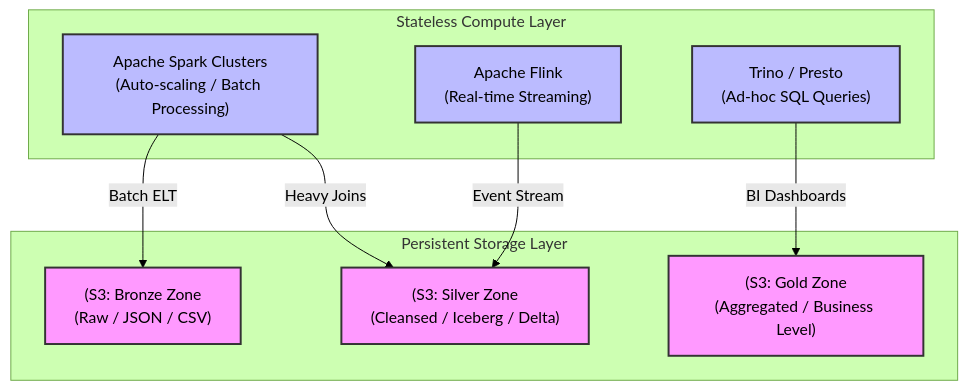
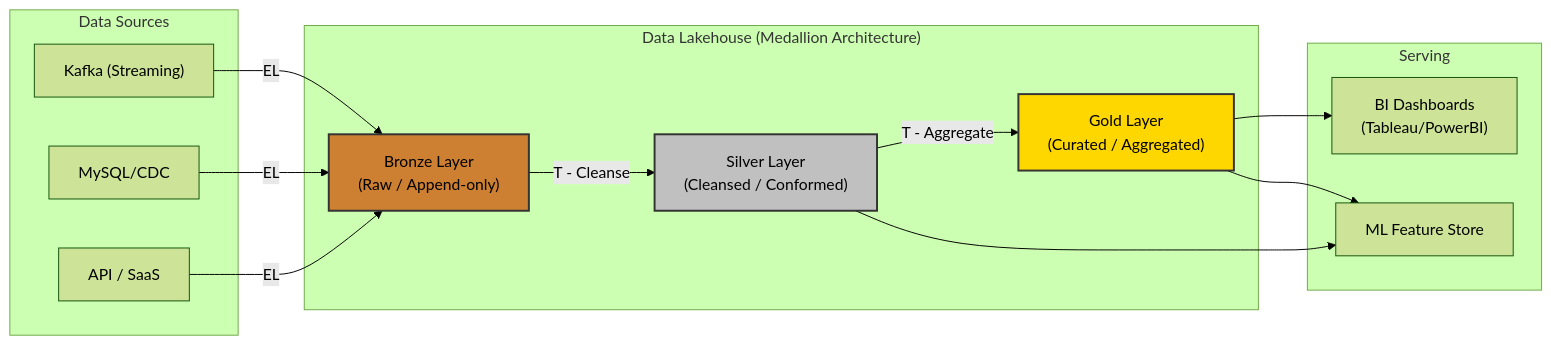
Before and after one commit to kythuatdulieu/kythuatdulieu.github.io: the diagram in src/content/docs/concepts/1-distributed-systems-architecture/data-platform-architecture.md, drawn with Mermaid (forest theme). The commit also changed other lines of this file and 228 other files, not shown here.

Commit message:
Fix syntax and rewrite 200+ concepts docs to deep-dive system architecture and add GA4 tracking to quiz app

````diff
--- a/src/content/docs/concepts/1-distributed-systems-architecture/data-platform-architecture.md
+++ b/src/content/docs/concepts/1-distributed-systems-architecture/data-platform-architecture.md
@@ -26,25 +43,38 @@
 ```mermaid
-graph TB
-    subgraph Stateless Compute Layer
-        Spark["Apache Spark Clusters<br/>(Auto-scaling / Batch Processing)"]
-        Trino["Trino / Presto<br/>(Ad-hoc SQL Queries)"]
-        Flink["Apache Flink<br/>(Real-time Streaming)"]
+graph LR
+    subgraph Data Sources
+        S1["Kafka (Streaming)"]
+        S2["MySQL/CDC"]
+        S3["API / SaaS"]
     end
     
-    subgraph Persistent Storage Layer
-        S3_Bronze["(S3: Bronze Zone<br/>(Raw / JSON / CSV)"]
-        S3_Silver["(S3: Silver Zone<br/>(Cleansed / Iceberg / Delta)"]
-        S3_Gold["(S3: Gold Zone<br/>(Aggregated / Business Level)"]
+    subgraph The_Lakehouse ["Data Lakehouse (Medallion Architecture)"]
+        B["Bronze Layer<br/>(Raw / Append-only)"]
+        S["Silver Layer<br/>(Cleansed / Conformed)"]
+        G["Gold Layer<br/>(Curated / Aggregated)"]
     end
     
-    Spark -->|Batch ELT| S3_Bronze
-    Spark -->|Heavy Joins| S3_Silver
-    Flink -->|Event Stream| S3_Silver
-    Trino -->|BI Dashboards| S3_Gold
+    subgraph Serving
+        BI["BI Dashboards<br/>(Tableau/PowerBI)"]
+        ML["ML Feature Store"]
+    end
     
-    classDef storage fill:#f9f,stroke:#333,stroke-width:2px;
-    classDef compute fill:#bbf,stroke:#333,stroke-width:2px;
+    S1 -->|EL| B
+    S2 -->|EL| B
+    S3 -->|EL| B
     
-    class S3_Bronze,S3_Silver,S3_Gold storage;
-    class Spark,Trino,Flink compute;
+    B -->|T - Cleanse| S
+    S -->|T - Aggregate| G
+    
+    G --> BI
+    S --> ML
+    G --> ML
+    
+    classDef bronze fill:#cd7f32,stroke:#333,stroke-width:2px;
+    classDef silver fill:#c0c0c0,stroke:#333,stroke-width:2px;
+    classDef gold fill:#ffd700,stroke:#333,stroke-width:2px;
+    
+    class B bronze;
+    class S silver;
+    class G gold;
 ```
````
